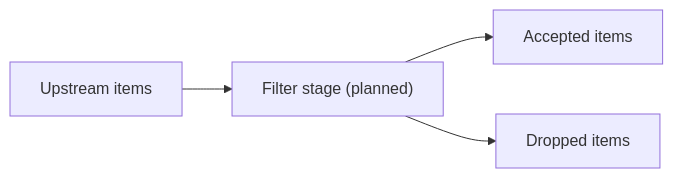
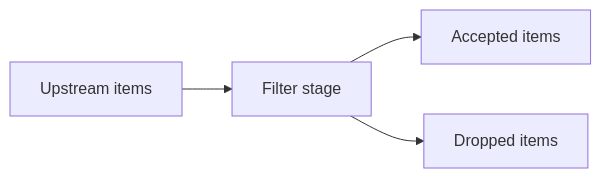
Before and after one commit to bijay-develops/Concurrent-Web-Crawler-with-Pluggable-Pipelines: the diagram in docs/internal/pipeline/filter.go.md, drawn with Mermaid. The commit also changed other lines of this file and 17 other files, not shown here.

````diff
--- a/docs/internal/pipeline/filter.go.md
+++ b/docs/internal/pipeline/filter.go.md
@@ -34,6 +30,6 @@
 ```mermaid
 flowchart LR
-  A["Upstream items"] --> B["Filter stage (planned)"]
+  A["Upstream items"] --> B["Filter stage"]
   B --> C["Accepted items"]
   B --> D["Dropped items"]
 ```
````
